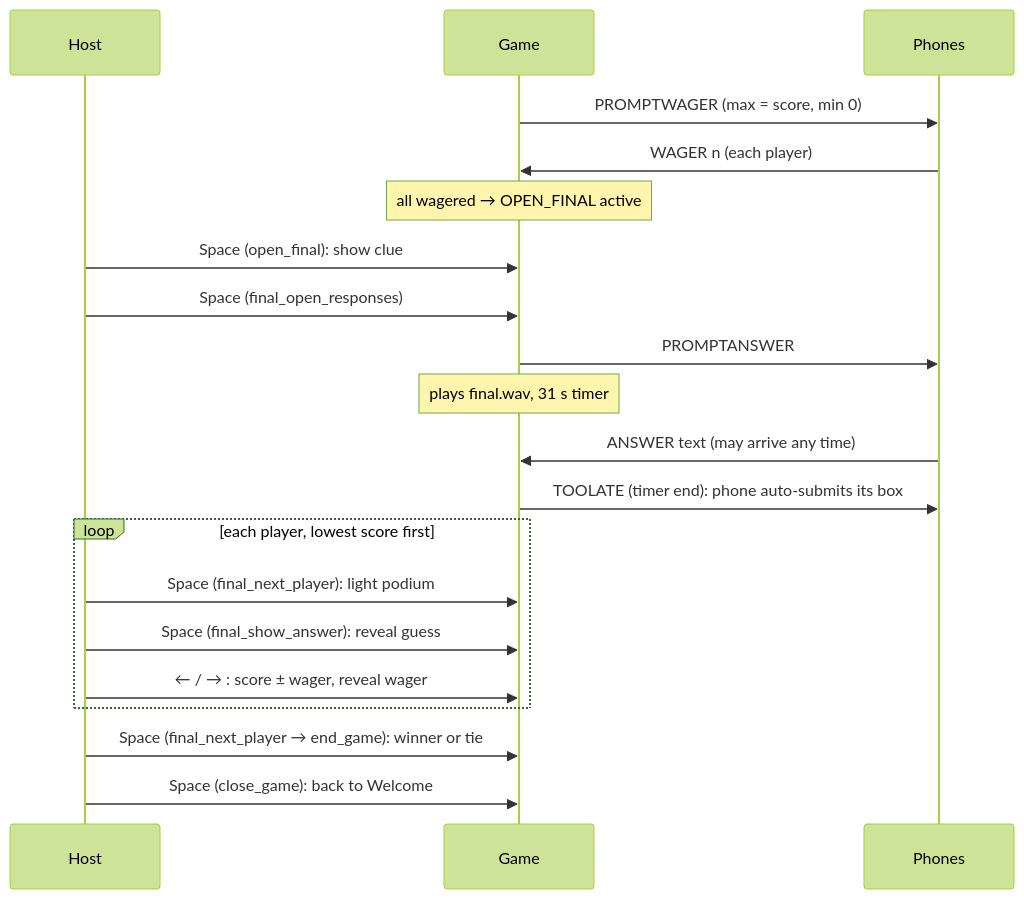
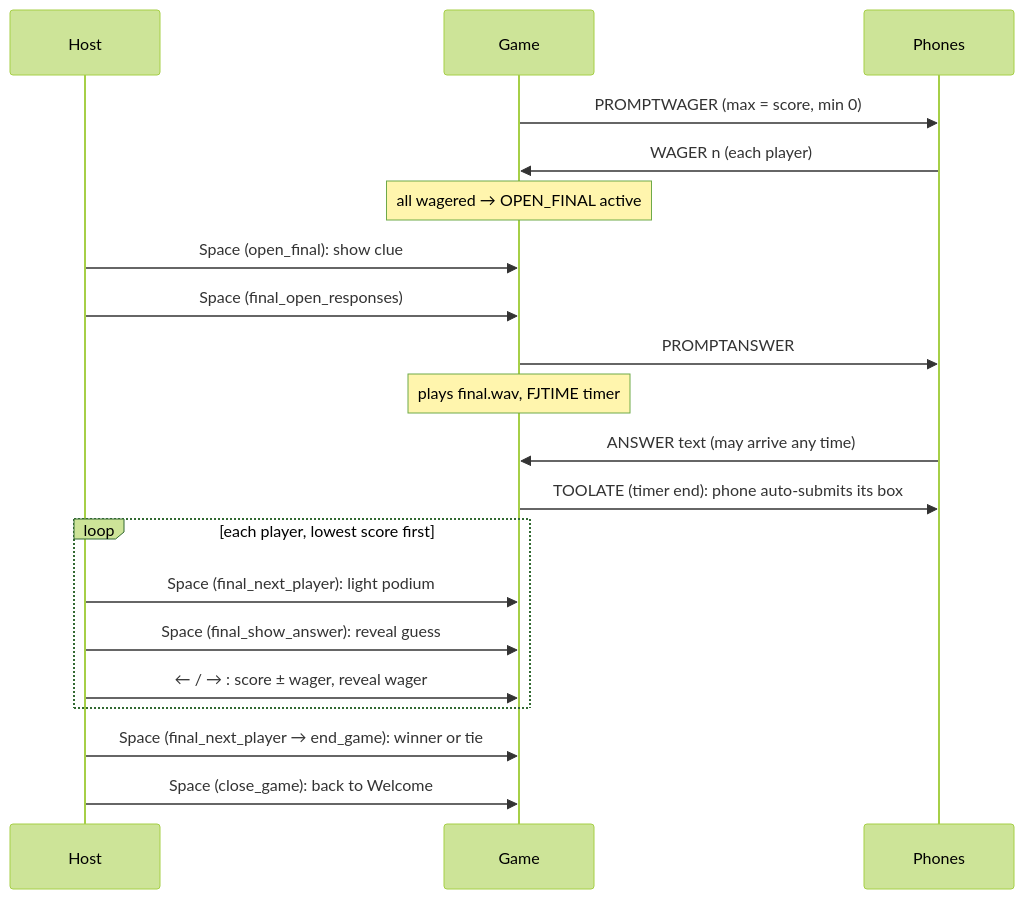
One commit to ASandHamwich/JParty changed the second of 2 diagrams in docs/game-flow.md. Above: the diagram before and after it, drawn with Mermaid (forest theme). The commit also changed other lines of this file and 11 other files, not shown here.

````diff
--- a/docs/game-flow.md
+++ b/docs/game-flow.md
@@ -70,22 +75,22 @@
 ```mermaid
 sequenceDiagram
     participant H as Host
     participant G as Game
     participant P as Phones
     G->>P: PROMPTWAGER (max = score, min 0)
     P->>G: WAGER n (each player)
     Note over G: all wagered → OPEN_FINAL active
     H->>G: Space (open_final): show clue
     H->>G: Space (final_open_responses)
     G->>P: PROMPTANSWER
-    Note over G: plays final.wav, 31 s timer
+    Note over G: plays final.wav, FJTIME timer
     P->>G: ANSWER text (may arrive any time)
     G->>P: TOOLATE (timer end): phone auto-submits its box
     loop each player, lowest score first
         H->>G: Space (final_next_player): light podium
         H->>G: Space (final_show_answer): reveal guess
         H->>G: ← / → : score ± wager, reveal wager
     end
     H->>G: Space (final_next_player → end_game): winner or tie
     H->>G: Space (close_game): back to Welcome
 ```
````
